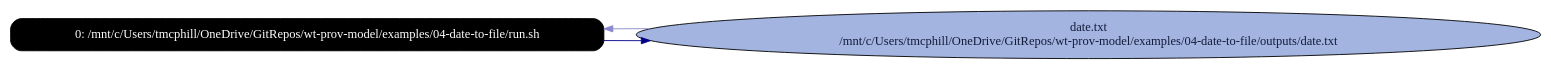
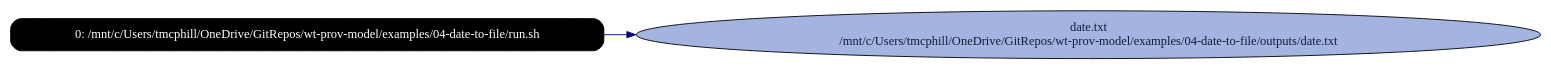
Before and after one commit to CIRSS/cpr: the diagram in examples/04-date-to-file/graphs/rpz_A_run_with_input_and_output_files.dot, drawn with Graphviz. The commit also changed 18 other files, not shown here.

```diff
--- a/examples/04-date-to-file/graphs/rpz_A_run_with_input_and_output_files.dot
+++ b/examples/04-date-to-file/graphs/rpz_A_run_with_input_and_output_files.dot
@@ -1,15 +1,14 @@
 digraph G {
     rankdir=LR;
 
     /* programs */
     node [shape=box fontcolor=white fillcolor=black style="filled,rounded"];
     run0 [label="0: /mnt/c/Users/tmcphill/OneDrive/GitRepos/wt-prov-model/examples/04-date-to-file/run.sh"];
 
     node [shape=ellipse fontcolor="#131C39" fillcolor="#C9D2ED"];
 
     /* other files */
     "/mnt/c/Users/tmcphill/OneDrive/GitRepos/wt-prov-model/examples/04-date-to-file/outputs/date.txt" [fillcolor="#A3B4E0", label="date.txt\n/mnt/c/Users/tmcphill/OneDrive/GitRepos/wt-prov-model/examples/04-date-to-file/outputs/date.txt"];
 
     run0 -> "/mnt/c/Users/tmcphill/OneDrive/GitRepos/wt-prov-model/examples/04-date-to-file/outputs/date.txt" [color="#000088"];
-    "/mnt/c/Users/tmcphill/OneDrive/GitRepos/wt-prov-model/examples/04-date-to-file/outputs/date.txt" -> run0 [color="#8888CC"];
 }
```
